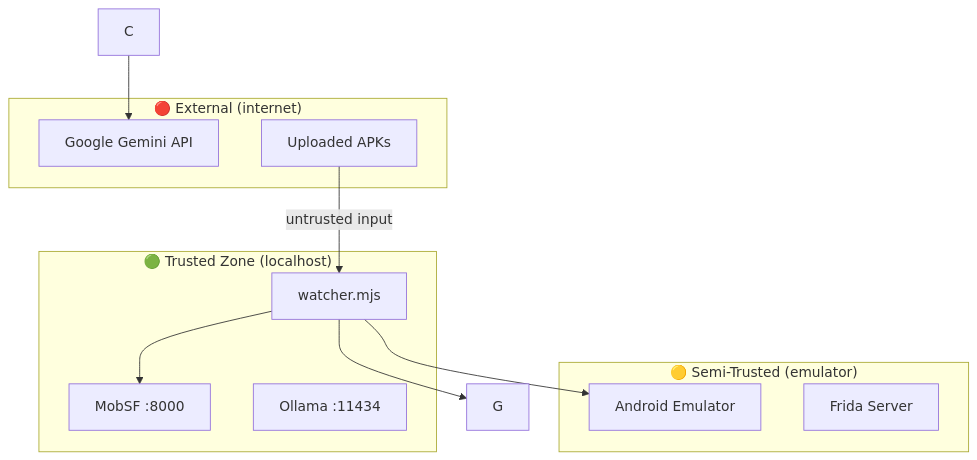
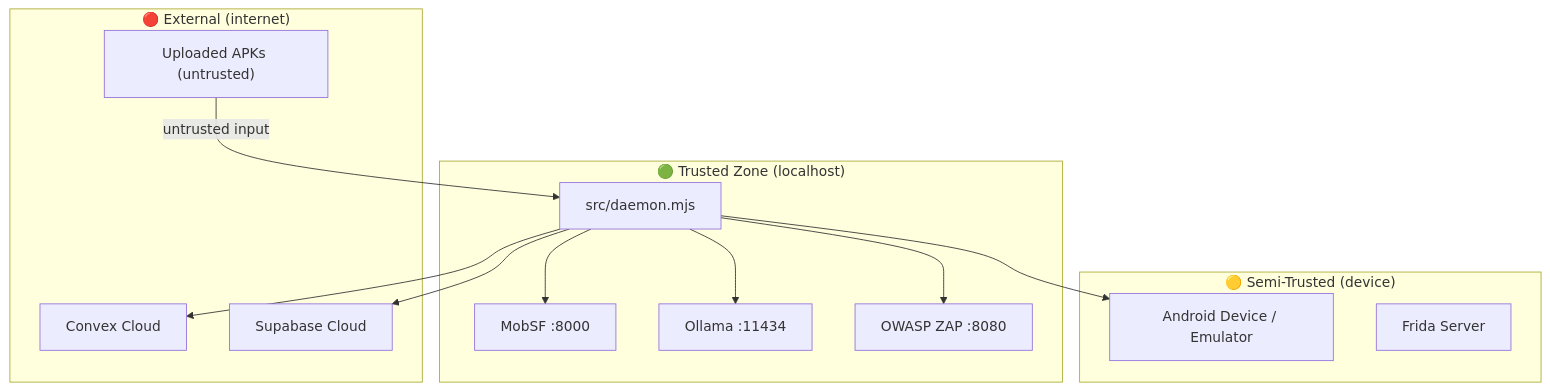
One commit to chaitanyacyb3r/WORMHOLE-SHINODROID changed the sixth of 6 diagrams in ARCHITECTURE.md. Above: the diagram before and after it, drawn with Mermaid. The commit also changed other lines of this file, not shown here.

Commit message:
Rewrite ARCHITECTURE.md to match current codebase (11 scripts, 8 engines, physical device support)

````diff
--- a/ARCHITECTURE.md
+++ b/ARCHITECTURE.md
@@ -444,24 +551,28 @@
 ```mermaid
 graph TB
     subgraph Trusted Zone ["🟢 Trusted Zone (localhost)"]
-        A[watcher.mjs]
-        B[MobSF :8000]
-        D[Ollama :11434]
+        A["src/daemon.mjs"]
+        B["MobSF :8000"]
+        D["Ollama :11434"]
+        E["OWASP ZAP :8080"]
     end
 
-    subgraph Semi-Trusted ["🟡 Semi-Trusted (emulator)"]
-        E[Android Emulator]
-        F[Frida Server]
+    subgraph Semi-Trusted ["🟡 Semi-Trusted (device)"]
+        F["Android Device / Emulator"]
+        G["Frida Server"]
     end
 
     subgraph External ["🔴 External (internet)"]
-        H[Google Gemini API]
-        I[Uploaded APKs]
+        H["Convex Cloud"]
+        I["Supabase Cloud"]
+        J["Uploaded APKs (untrusted)"]
     end
 
     A --> B
-    A --> G
+    A --> D
     A --> E
-    C --> H
-    I -->|untrusted input| A
+    A --> F
+    A --> H
+    A --> I
+    J -->|untrusted input| A
 ```
````
